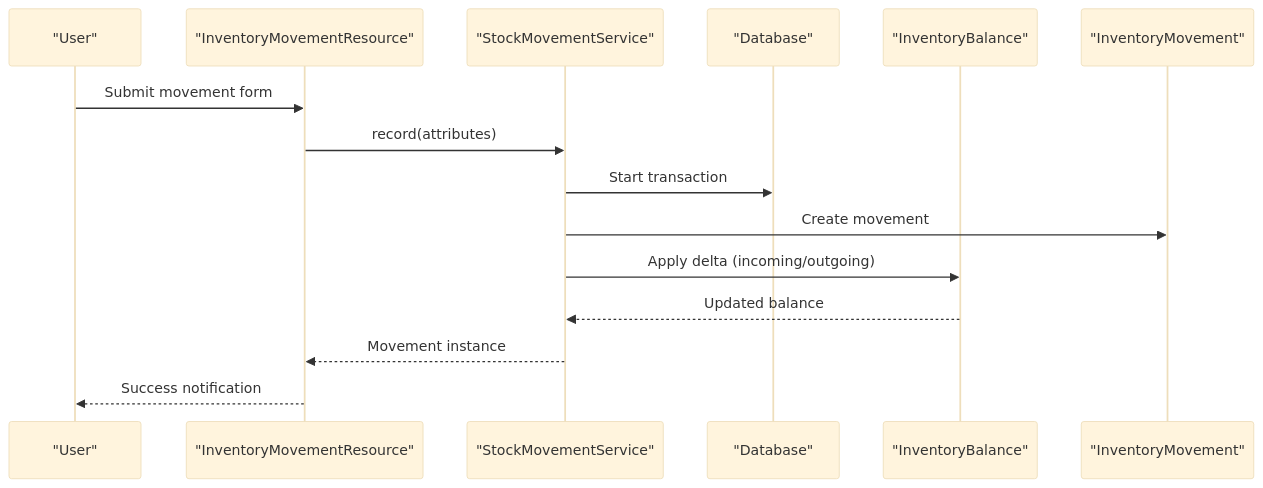
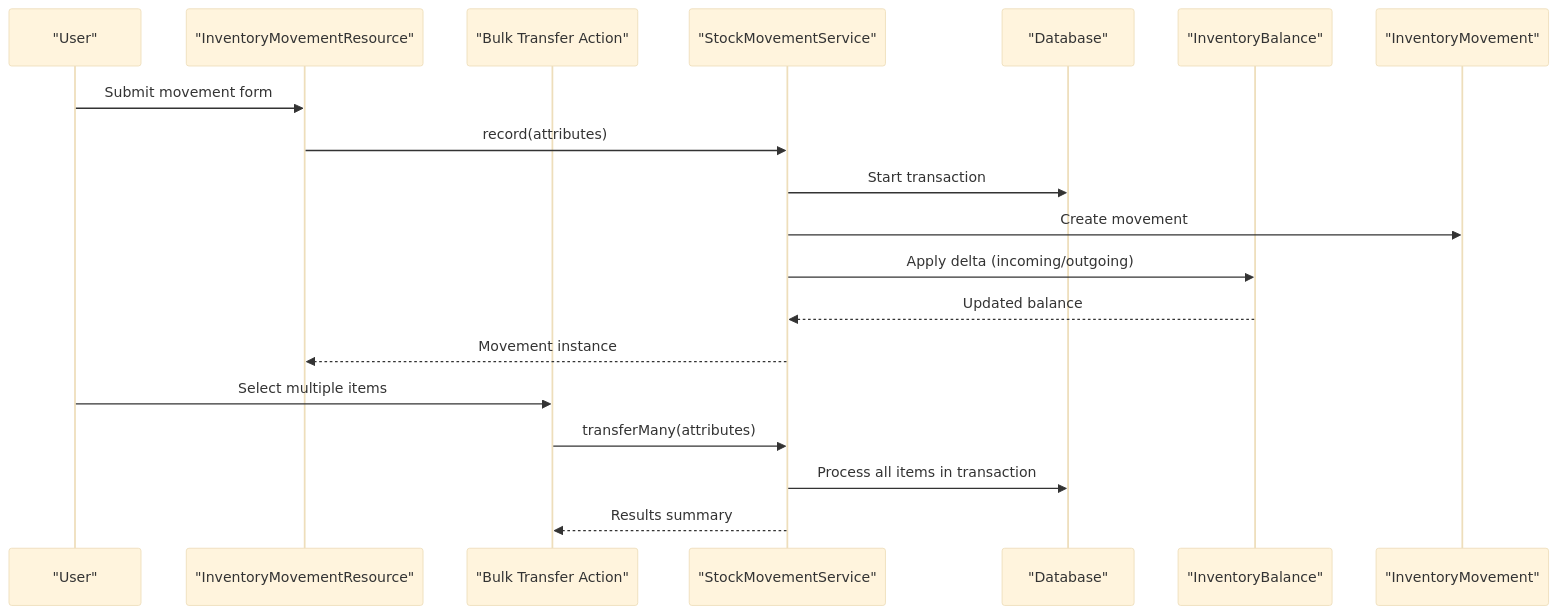
Before and after one commit to Dikksap/laravel_RsvHelmet: the second of 10 diagrams in .qoder/repowiki/en/content/Core Modules/Inventory Management/Inventory Movement Processing.md, drawn with Mermaid (base theme). The commit also changed other lines of this file and 129 other files, not shown here.

````diff
--- a/.qoder/repowiki/en/content/Core Modules/Inventory Management/Inventory Movement Processing.md
+++ b/.qoder/repowiki/en/content/Core Modules/Inventory Management/Inventory Movement Processing.md
@@ -87,17 +95,21 @@
 ```mermaid
 sequenceDiagram
 participant User as "User"
 participant Resource as "InventoryMovementResource"
+participant BulkAction as "Bulk Transfer Action"
 participant Service as "StockMovementService"
 participant DB as "Database"
 participant Balance as "InventoryBalance"
 participant Movement as "InventoryMovement"
 User->>Resource : Submit movement form
 Resource->>Service : record(attributes)
 Service->>DB : Start transaction
 Service->>Movement : Create movement
 Service->>Balance : Apply delta (incoming/outgoing)
 Balance-->>Service : Updated balance
 Service-->>Resource : Movement instance
-Resource-->>User : Success notification
+User->>BulkAction : Select multiple items
+BulkAction->>Service : transferMany(attributes)
+Service->>DB : Process all items in transaction
+Service-->>BulkAction : Results summary
 ```
````
